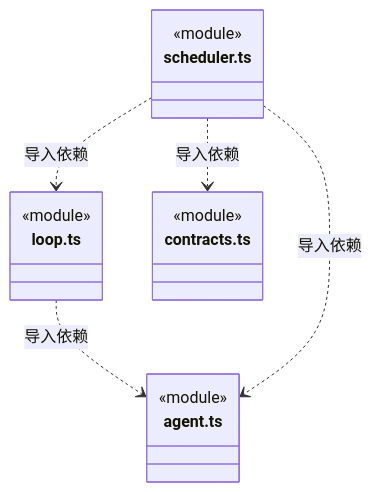
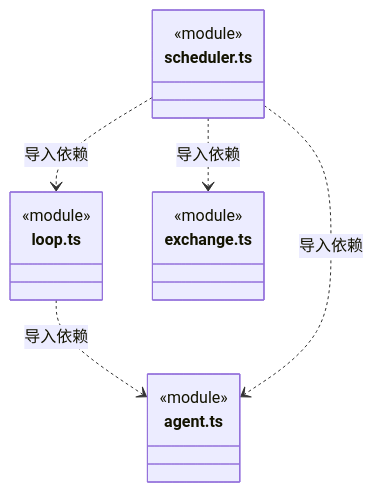
The ninth of 10 diagrams in src/logic/agents/ARCHITECTURE.md (nan023062/cbim), drawn with Mermaid before and after one commit. The commit also changed other lines of this file and 39 other files, not shown here.

````diff
--- a/src/logic/agents/ARCHITECTURE.md
+++ b/src/logic/agents/ARCHITECTURE.md
@@ -222,19 +253,19 @@
 ```mermaid
 classDiagram
 class N_src_logic_agents_loop_ts["loop.ts"] {
   <<module>>
 }
 class N_src_logic_agents_agent_ts["agent.ts"] {
   <<module>>
 }
 class N_src_logic_agents_scheduler_ts["scheduler.ts"] {
   <<module>>
 }
-class N_src_logic_agents_contracts_ts["contracts.ts"] {
+class N_src_logic_agents_exchange_ts["exchange.ts"] {
   <<module>>
 }
 N_src_logic_agents_loop_ts ..> N_src_logic_agents_agent_ts : 导入依赖
 N_src_logic_agents_scheduler_ts ..> N_src_logic_agents_agent_ts : 导入依赖
+N_src_logic_agents_scheduler_ts ..> N_src_logic_agents_exchange_ts : 导入依赖
 N_src_logic_agents_scheduler_ts ..> N_src_logic_agents_loop_ts : 导入依赖
-N_src_logic_agents_scheduler_ts ..> N_src_logic_agents_contracts_ts : 导入依赖
 ```
````
